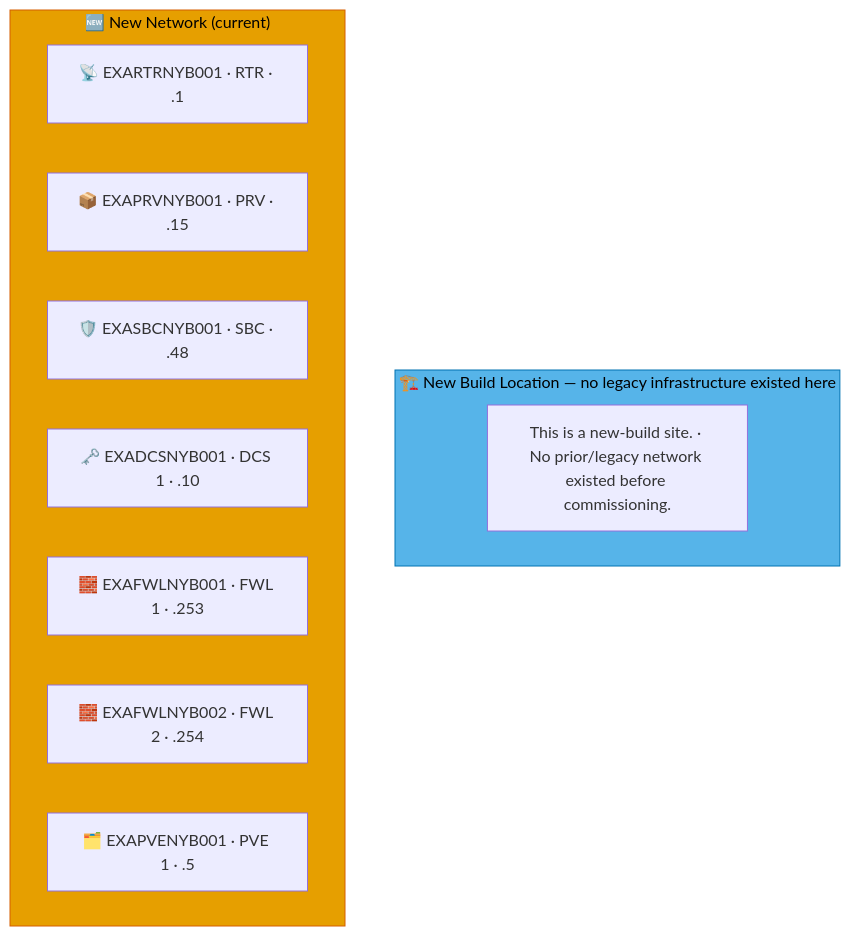
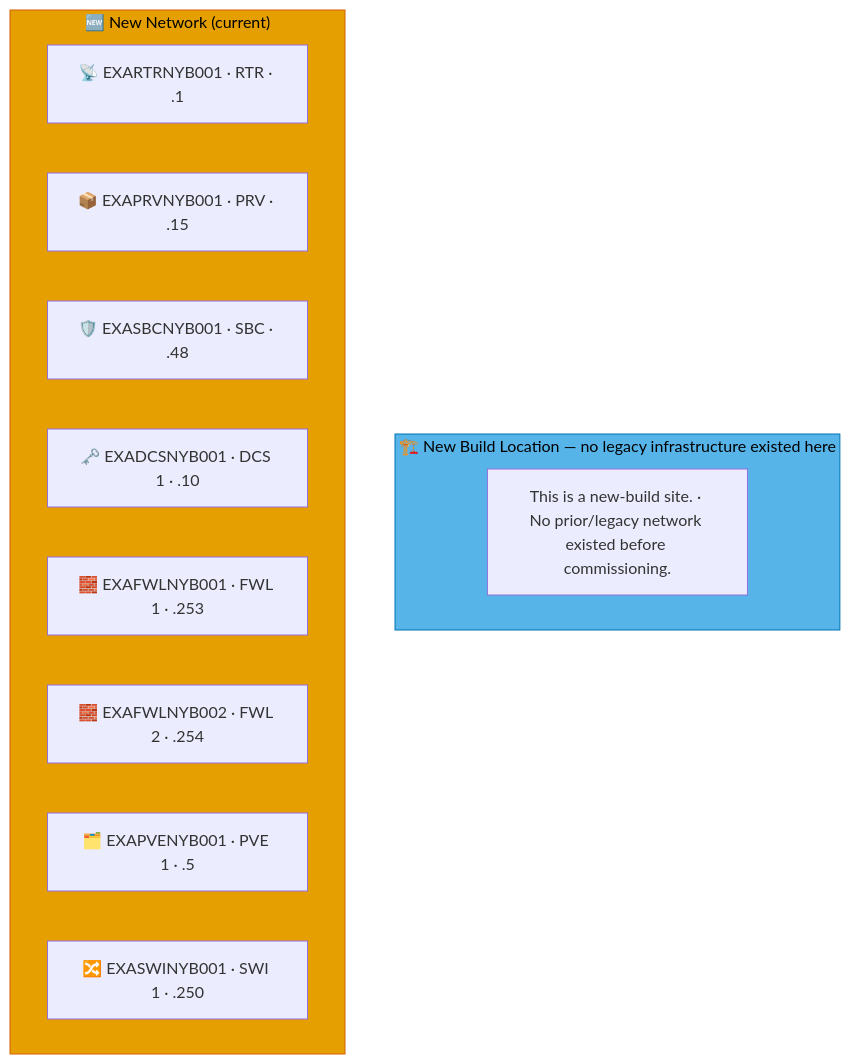
The ninth of 9 diagrams in docs/network-diagram/danmark.md (knightmare2600/example_music_infra), drawn with Mermaid before and after one commit. The commit also changed other lines of this file and 12 other files, not shown here.

````diff
--- a/docs/network-diagram/danmark.md
+++ b/docs/network-diagram/danmark.md
@@ -391,19 +397,20 @@
 ```mermaid
 graph TD
     subgraph OLD_NYB ["🏗️ New Build Location — no legacy infrastructure existed here"]
       N_OLD_NOTE["This is a new-build site. · No prior/legacy network existed before commissioning."]
     end
     style OLD_NYB fill:#56B4E9,stroke:#0072B2,color:#000000
     %% GENERATED:NEW-NETWORK:NYB:START
     subgraph NEW_NYB ["🆕 New Network (current)"]
       N_RTR["📡 EXARTRNYB001 · RTR · .1"]
       N_PRV["📦 EXAPRVNYB001 · PRV · .15"]
       N_SBC["🛡️ EXASBCNYB001 · SBC · .48"]
       N_DCS["🗝️ EXADCSNYB001 · DCS 1 · .10"]
       N_FWL["🧱 EXAFWLNYB001 · FWL 1 · .253"]
       N_FWL2["🧱 EXAFWLNYB002 · FWL 2 · .254"]
       N_PVE["🗂️ EXAPVENYB001 · PVE 1 · .5"]
+      N_SWI["🔀 EXASWINYB001 · SWI 1 · .250"]
     end
     style NEW_NYB fill:#E69F00,stroke:#D55E00,color:#000000
     %% GENERATED:NEW-NETWORK:NYB:END
 ```
````
